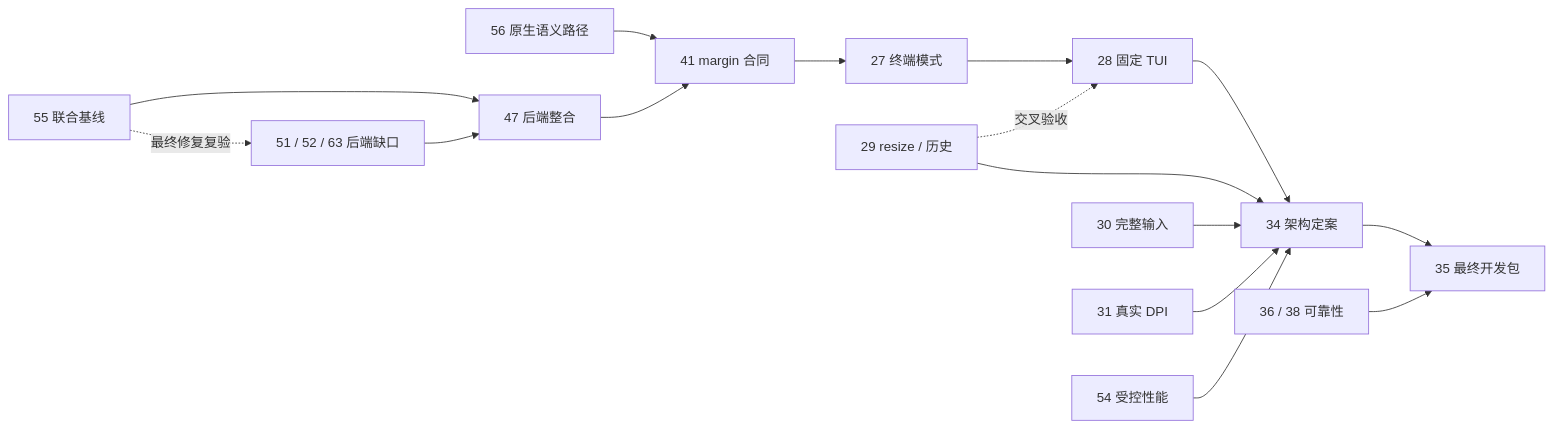
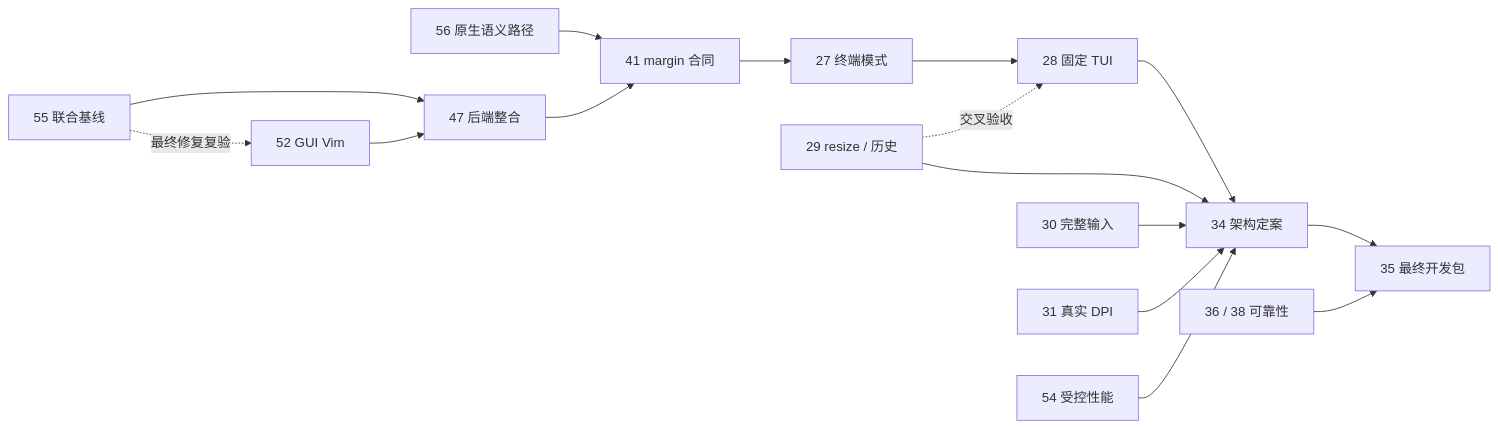
Before and after one commit to JavaZeroo/termforge: the diagram in docs/milestones/R2-local-terminal.md, drawn with Mermaid. The commit also changed other lines of this file and 1 other file, not shown here.

````diff
--- a/docs/milestones/R2-local-terminal.md
+++ b/docs/milestones/R2-local-terminal.md
@@ -28,16 +28,16 @@
 ```mermaid
 flowchart LR
     baseline["55 联合基线"] --> backend["47 后端整合"]
-    fixes["51 / 52 / 63 后端缺口"] --> backend
+    fixes["52 GUI Vim"] --> backend
     baseline -. "最终修复复验" .-> fixes
     native["56 原生语义路径"] --> margin["41 margin 合同"]
     backend --> margin --> modes["27 终端模式"] --> tui["28 固定 TUI"]
     resize["29 resize / 历史"] -. "交叉验收" .-> tui
     tui --> arch["34 架构定案"]
     resize --> arch
     input["30 完整输入"] --> arch
     dpi["31 真实 DPI"] --> arch
     perf["54 受控性能"] --> arch
     arch --> package["35 最终开发包"]
     reliability["36 / 38 可靠性"] --> package
 ```
````
